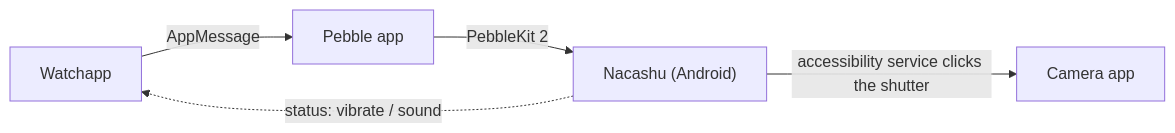
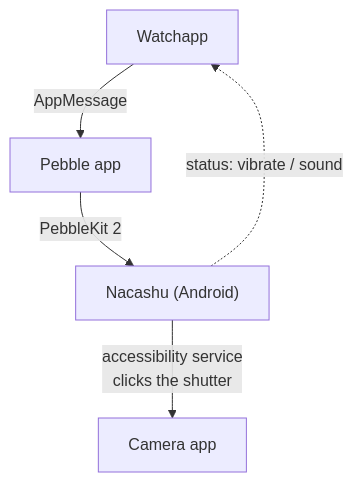
The diagram in docs/how-it-works.mmd (Staindk/nacashu), drawn with Mermaid before and after one commit. The commit also changed 3 other files, not shown here.

First line of the commit message:
Draw the README diagram top to bottom for phones (#57)

```diff
--- a/docs/how-it-works.mmd
+++ b/docs/how-it-works.mmd
@@ -1,10 +1,10 @@
 %% Source for the README's "How it works" diagram. To regenerate the SVGs:
 %%   npx @mermaid-js/mermaid-cli -i docs/how-it-works.mmd -o docs/how-it-works-light.svg -t default -b transparent -c cfg.json
 %%   npx @mermaid-js/mermaid-cli -i docs/how-it-works.mmd -o docs/how-it-works-dark.svg -t dark -b transparent -c cfg.json
 %% where cfg.json is {"htmlLabels":false,"flowchart":{"htmlLabels":false}}, so labels are plain SVG text
 %% (some viewers, such as the GitHub mobile app, don't draw HTML labels inside SVGs).
-flowchart LR
+flowchart TB
   W["Watchapp"] -- "AppMessage" --> P["Pebble app"]
   P -- "PebbleKit 2" --> N["Nacashu (Android)"]
-  N -- "accessibility service clicks the shutter" --> C["Camera app"]
+  N -- "accessibility service<br/>clicks the shutter" --> C["Camera app"]
   N -. "status: vibrate / sound" .-> W
```
